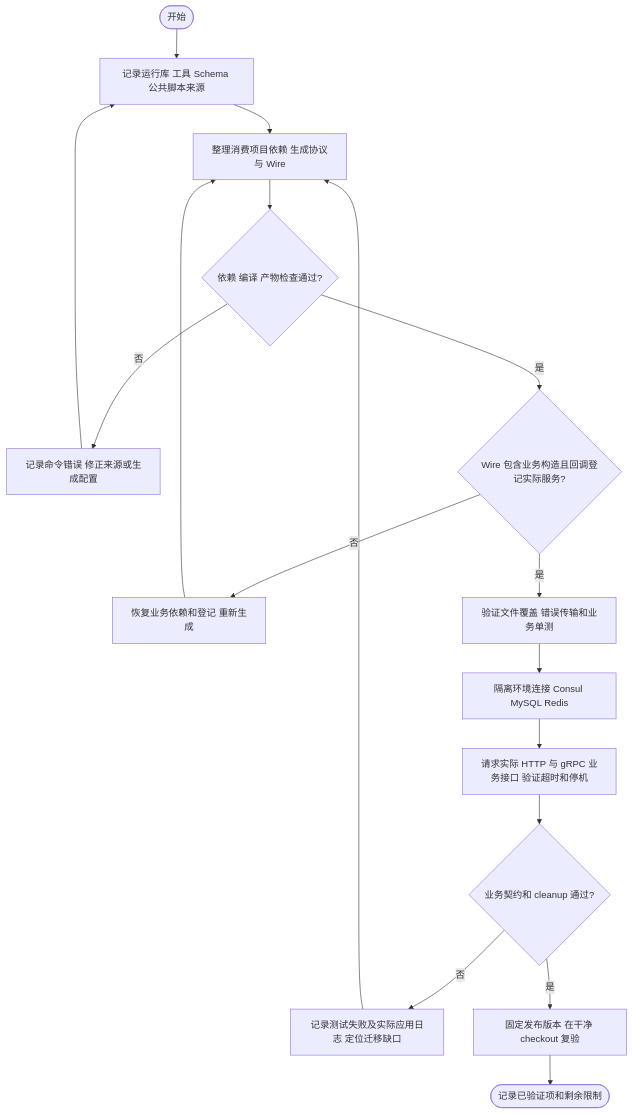
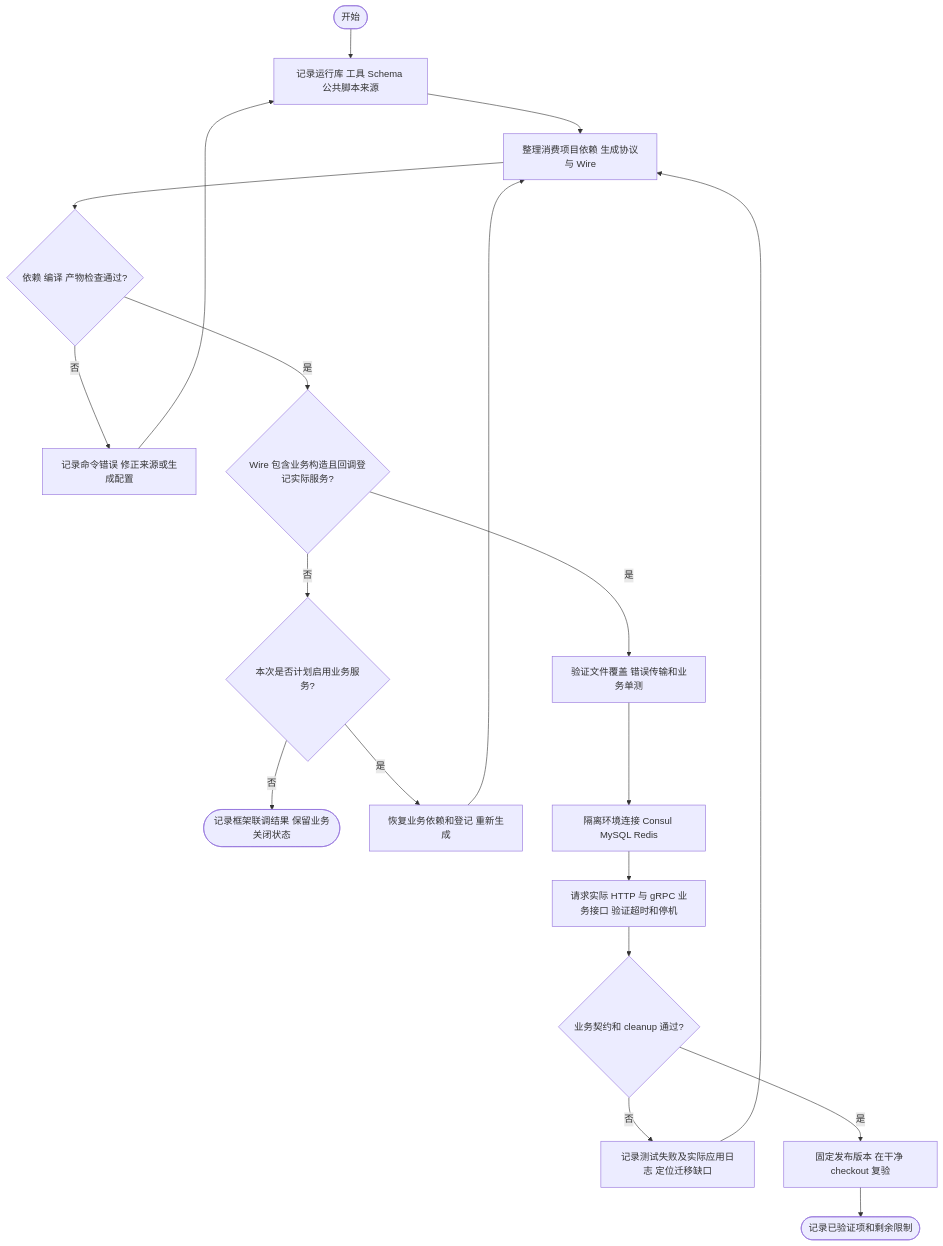
One commit to jaggerzhuang1994/kratos-foundation changed the fourth of 6 diagrams in MIGRATION_V2.md. Above: the diagram before and after it, drawn with Mermaid. The commit also changed other lines of this file and 3 other files, not shown here.

````diff
--- a/MIGRATION_V2.md
+++ b/MIGRATION_V2.md
@@ -344,19 +346,21 @@
 ```mermaid
 flowchart TD
     A([开始]) --> B[记录运行库 工具 Schema 公共脚本来源]
     B --> C[整理消费项目依赖 生成协议与 Wire]
     C --> D{依赖 编译 产物检查通过?}
     D -- 否 --> E[记录命令错误 修正来源或生成配置]
     E --> B
     D -- 是 --> F{Wire 包含业务构造且回调登记实际服务?}
-    F -- 否 --> G[恢复业务依赖和登记 重新生成]
+    F -- 否 --> O{本次是否计划启用业务服务?}
+    O -- 否 --> P([记录框架联调结果 保留业务关闭状态])
+    O -- 是 --> G[恢复业务依赖和登记 重新生成]
     G --> C
     F -- 是 --> H[验证文件覆盖 错误传输和业务单测]
     H --> I[隔离环境连接 Consul MySQL Redis]
     I --> J[请求实际 HTTP 与 gRPC 业务接口 验证超时和停机]
     J --> K{业务契约和 cleanup 通过?}
     K -- 否 --> L[记录测试失败及实际应用日志 定位迁移缺口]
     L --> C
     K -- 是 --> M[固定发布版本 在干净 checkout 复验]
     M --> N([记录已验证项和剩余限制])
 ```
````
